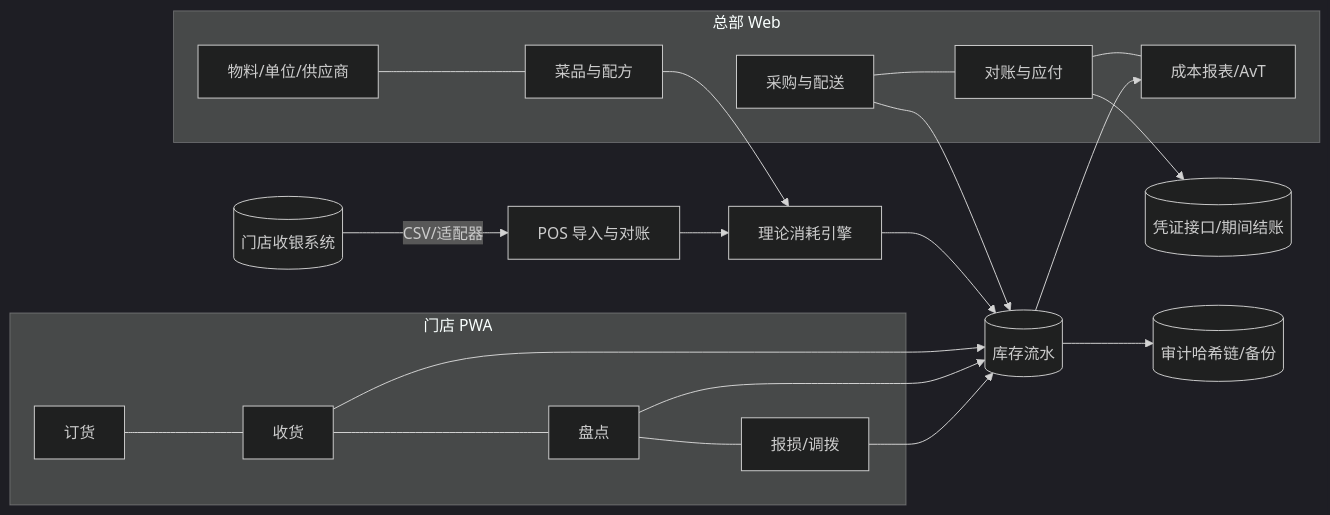
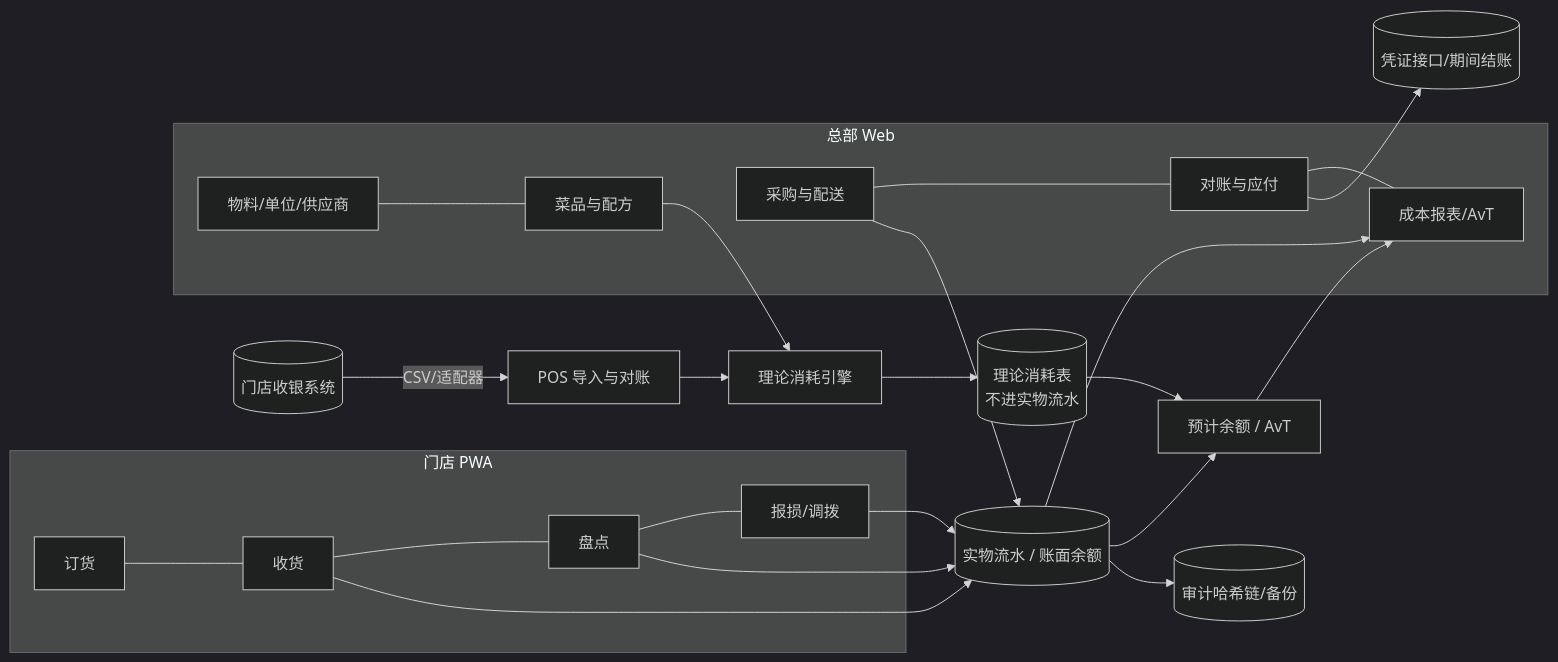
One commit to osborn-studio/OS-ERP changed the diagram in docs/product/restaurant-chain/02-product-technical-design.md. Above: the diagram before and after it, drawn with Mermaid (dark theme). The commit also changed other lines of this file and 2 other files, not shown here.

````diff
--- a/docs/product/restaurant-chain/02-product-technical-design.md
+++ b/docs/product/restaurant-chain/02-product-technical-design.md
@@ -77,21 +77,24 @@
 ```mermaid
 flowchart LR
   subgraph Store[门店 PWA]
     O[订货] --- R[收货] --- C[盘点] --- W[报损/调拨]
   end
   subgraph HQ[总部 Web]
     MD[物料/单位/供应商] --- RC[菜品与配方]
     PU[采购与配送] --- AP[对账与应付] --- RP[成本报表/AvT]
   end
   POS[(门店收银系统)] -->|CSV/适配器| IMP[POS 导入与对账]
   IMP --> TC[理论消耗引擎]
   RC --> TC
-  TC --> LED[(库存流水)]
-  R --> LED
+  TC --> THC[(理论消耗表<br/>不进实物流水)]
+  R --> LED[(实物流水 / 账面余额)]
   C --> LED
   W --> LED
   PU --> LED
+  LED --> PRJ[预计余额 / AvT]
+  THC --> PRJ
+  PRJ --> RP
   LED --> RP
   AP --> FIN[(凭证接口/期间结账)]
   LED --> AUD[(审计哈希链/备份)]
 ```
````
